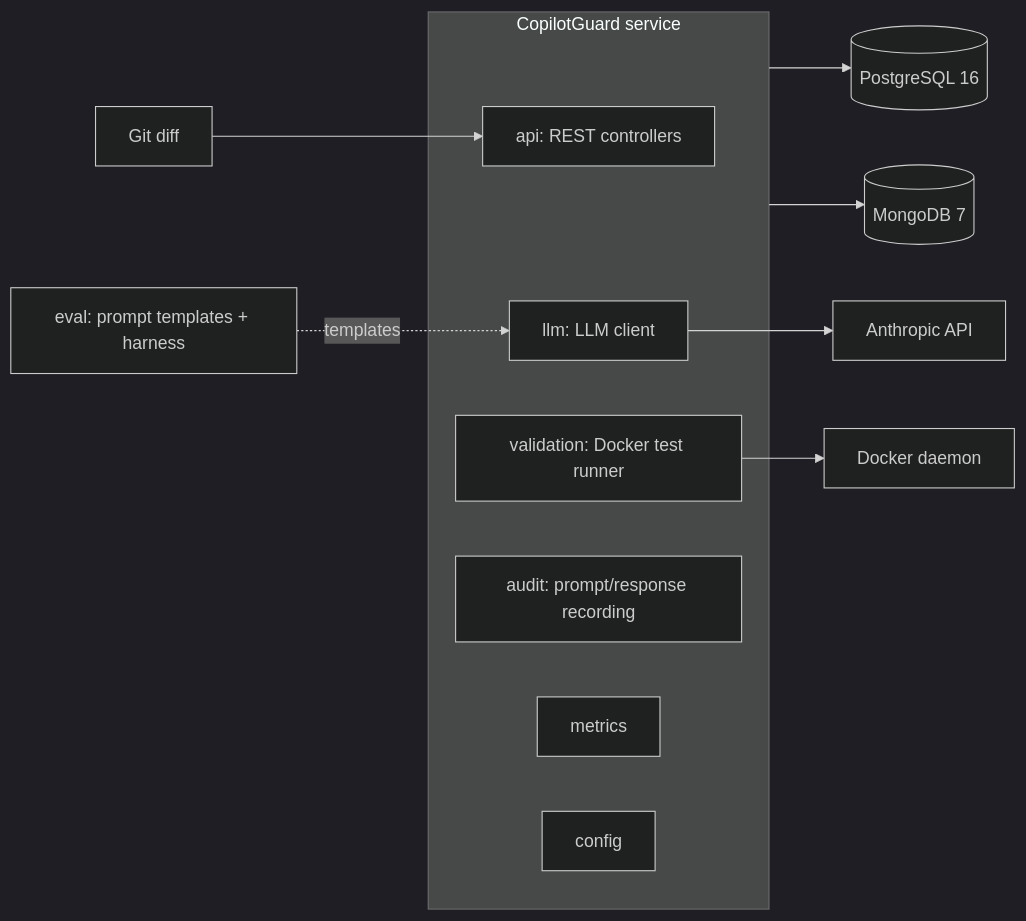
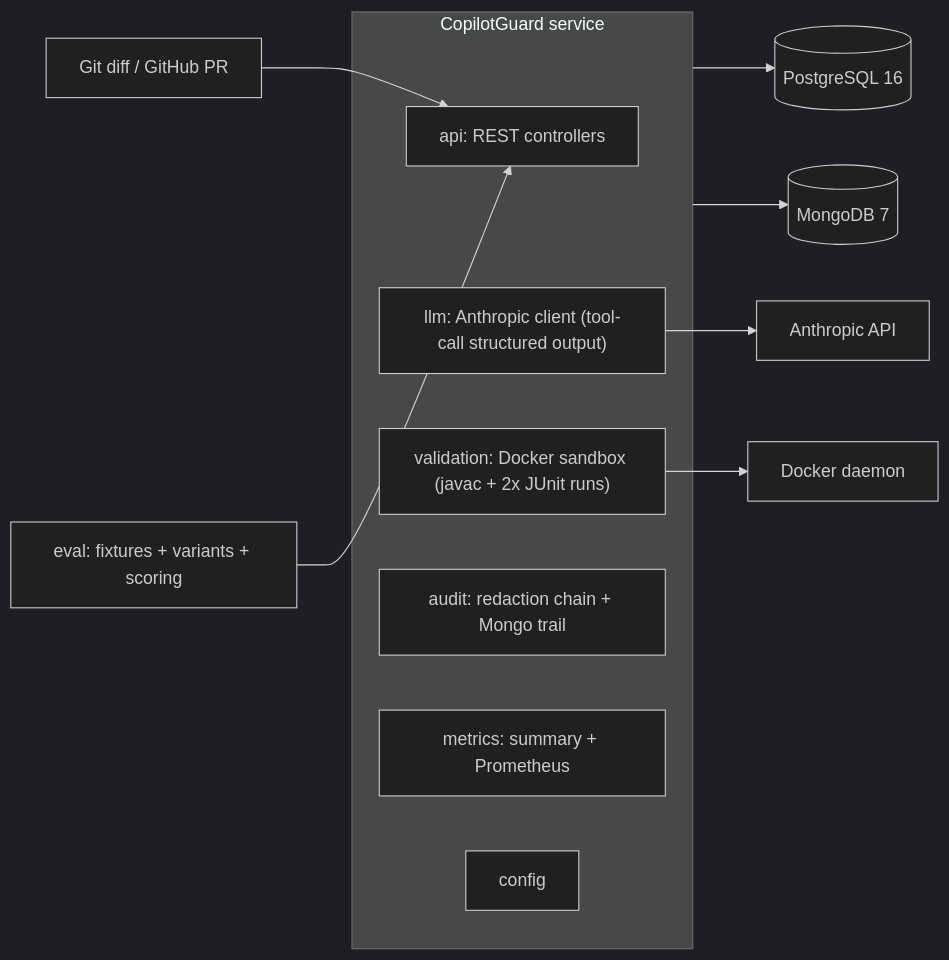
Before and after one commit to AbhiramCommits/CopilotGuard: the diagram in README.md, drawn with Mermaid (dark theme). The commit also changed other lines of this file and 3 other files, not shown here.

````diff
--- a/README.md
+++ b/README.md
@@ -19,19 +18,19 @@
 ```mermaid
 flowchart LR
-    DIFF["Git diff"] --> API
+    DIFF["Git diff / GitHub PR"] --> API
 
     subgraph SVC["CopilotGuard service"]
         API["api: REST controllers"]
-        LLM["llm: LLM client"]
-        VAL["validation: Docker test runner"]
-        AUD["audit: prompt/response recording"]
-        MET["metrics"]
+        LLM["llm: Anthropic client (tool-call structured output)"]
+        VAL["validation: Docker sandbox (javac + 2x JUnit runs)"]
+        AUD["audit: redaction chain + Mongo trail"]
+        MET["metrics: summary + Prometheus"]
         CFG["config"]
     end
 
     SVC --> PG[("PostgreSQL 16")]
     SVC --> MG[("MongoDB 7")]
     LLM --> ANTH["Anthropic API"]
     VAL --> DKR["Docker daemon"]
-    EVAL["eval: prompt templates + harness"] -. templates .-> LLM
+    EVAL["eval: fixtures + variants + scoring"] --> API
 ```
````
